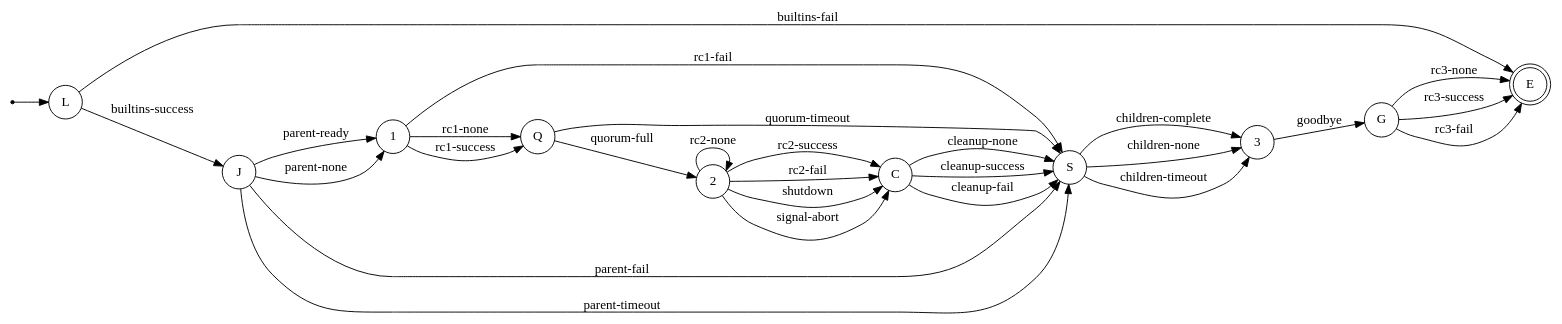
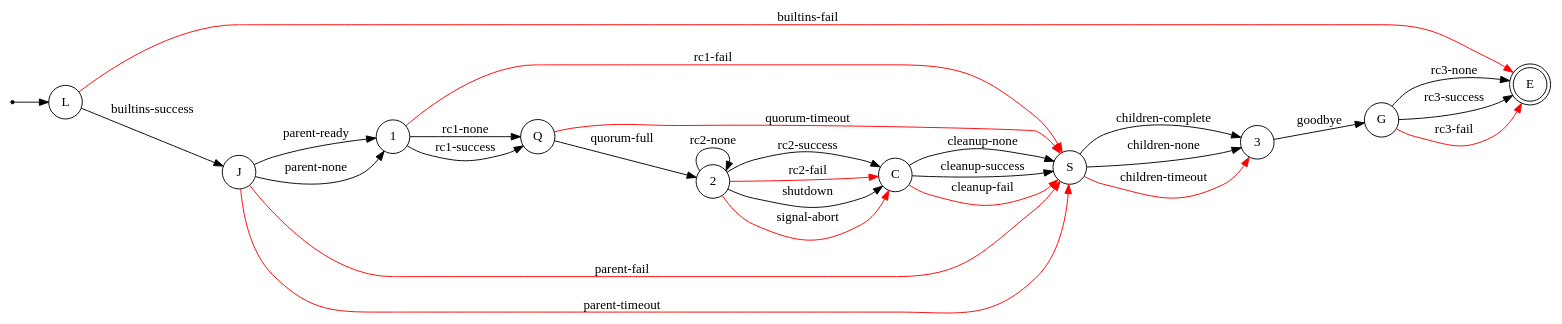
One commit to flux-framework/flux-core changed the diagram in doc/guide/images/states.dot. Above: the diagram before and after it, drawn with Graphviz. The commit also changed 1 other file, not shown here.

Commit message:
doc: improve broker state diagram clarity
Problem: it's not obvious which edges in the broker state diagram
are for exceptional conditions.

Render those edges in red.

```diff
--- a/doc/guide/images/states.dot
+++ b/doc/guide/images/states.dot
@@ -1,37 +1,37 @@
 // Usage: dot -Tpng file.dot -o file.png
 
 digraph finite_state_machine {
     rankdir=LR;
 
     node [shape = point ]; Start
     node [shape = doublecircle ]; E
 
     node [shape = circle];
     Start -> L;
     L -> J [ label = "builtins-success" ];
-    L -> E [ label = "builtins-fail" ];
+    L -> E [ label = "builtins-fail", color = "red" ];
     J -> 1 [ label = "parent-ready" ];
     J -> 1 [ label = "parent-none" ];
-    J -> S [ label = "parent-fail" ];
-    J -> S [ label = "parent-timeout" ];
+    J -> S [ label = "parent-fail", color = "red" ];
+    J -> S [ label = "parent-timeout", color = "red" ];
     1 -> Q [ label = "rc1-none" ];
     1 -> Q [ label = "rc1-success" ];
-    1 -> S [ label = "rc1-fail" ];
+    1 -> S [ label = "rc1-fail", color = "red" ];
     Q -> 2 [ label = "quorum-full" ];
-    Q -> S [ label = "quorum-timeout" ];
+    Q -> S [ label = "quorum-timeout", color = "red" ];
     2 -> 2 [ label = "rc2-none" ];
     2 -> C [ label = "rc2-success" ];
-    2 -> C [ label = "rc2-fail" ];
+    2 -> C [ label = "rc2-fail", color = "red" ];
     2 -> C [ label = "shutdown" ];
-    2 -> C [ label = "signal-abort" ];
+    2 -> C [ label = "signal-abort", color = "red" ];
     C -> S [ label = "cleanup-none" ];
     C -> S [ label = "cleanup-success" ];
-    C -> S [ label = "cleanup-fail" ];
+    C -> S [ label = "cleanup-fail", color = "red" ];
     S -> 3 [ label = "children-complete" ];
     S -> 3 [ label = "children-none" ];
-    S -> 3 [ label = "children-timeout" ];
+    S -> 3 [ label = "children-timeout", color = "red" ];
     3 -> G [ label = "goodbye" ];
     G -> E [ label = "rc3-none" ];
     G -> E [ label = "rc3-success" ];
-    G -> E [ label = "rc3-fail" ];
+    G -> E [ label = "rc3-fail", color = "red" ];
 }
```
